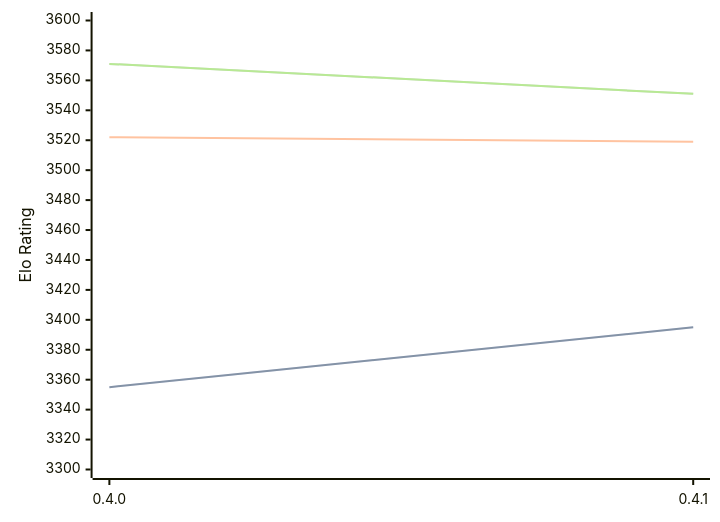
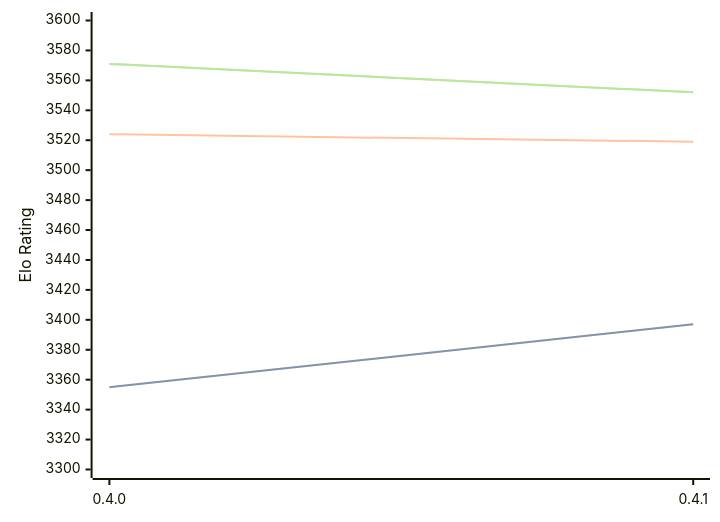
The diagram in engines/Cinder.md (computer-chess-index/cci), drawn with Mermaid before and after one commit. The commit also changed other lines of this file, not shown here.

Commit message:
Update CCI Ratings (ELO VLTC) - 2026-05-04

````diff
--- a/engines/Cinder.md
+++ b/engines/Cinder.md
@@ -40,11 +40,11 @@
 ```mermaid
 %%{init: {"theme":"base","themeVariables":{"seriesColors:['#a3a3a3','#222221','#faa371']}}}%%
 xychart-beta
   x-axis ["0.4.0", "0.4.1"]
   y-axis "Elo Rating" 3300 --> 3600
-  line "STC (8.0+0.08s)" [3355, 3395]
-  line "STC (8.0+0.08s)" [3355, 3395]
-  line "LTC (60.0+0.60s)" [3522, 3519]
-  line "VLTC (2m24s+1.12s)" [3571, 3551]
-  line "VLTC (2m24s+1.12s)" [3571, 3551]
+  line "STC (8.0+0.08s)" [3355, 3397]
+  line "STC (8.0+0.08s)" [3355, 3397]
+  line "LTC (60.0+0.60s)" [3524, 3519]
+  line "VLTC (2m24s+1.12s)" [3571, 3552]
+  line "VLTC (2m24s+1.12s)" [3571, 3552]
 ```
````
